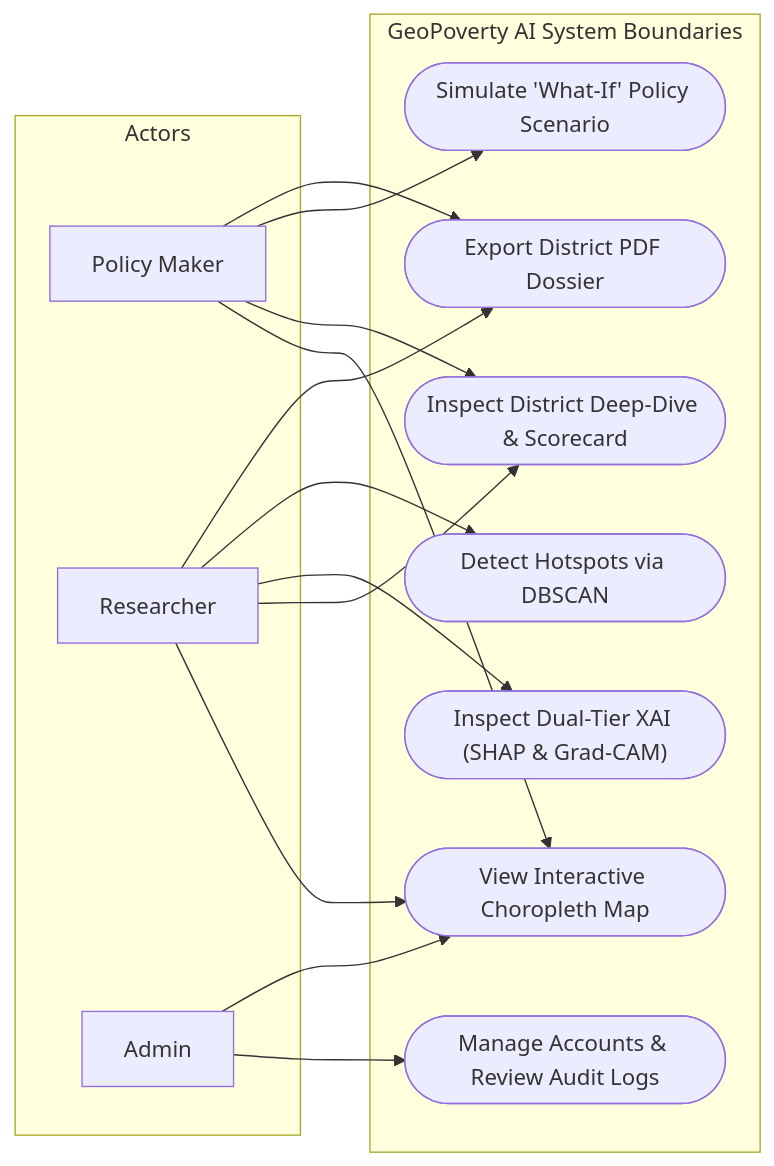
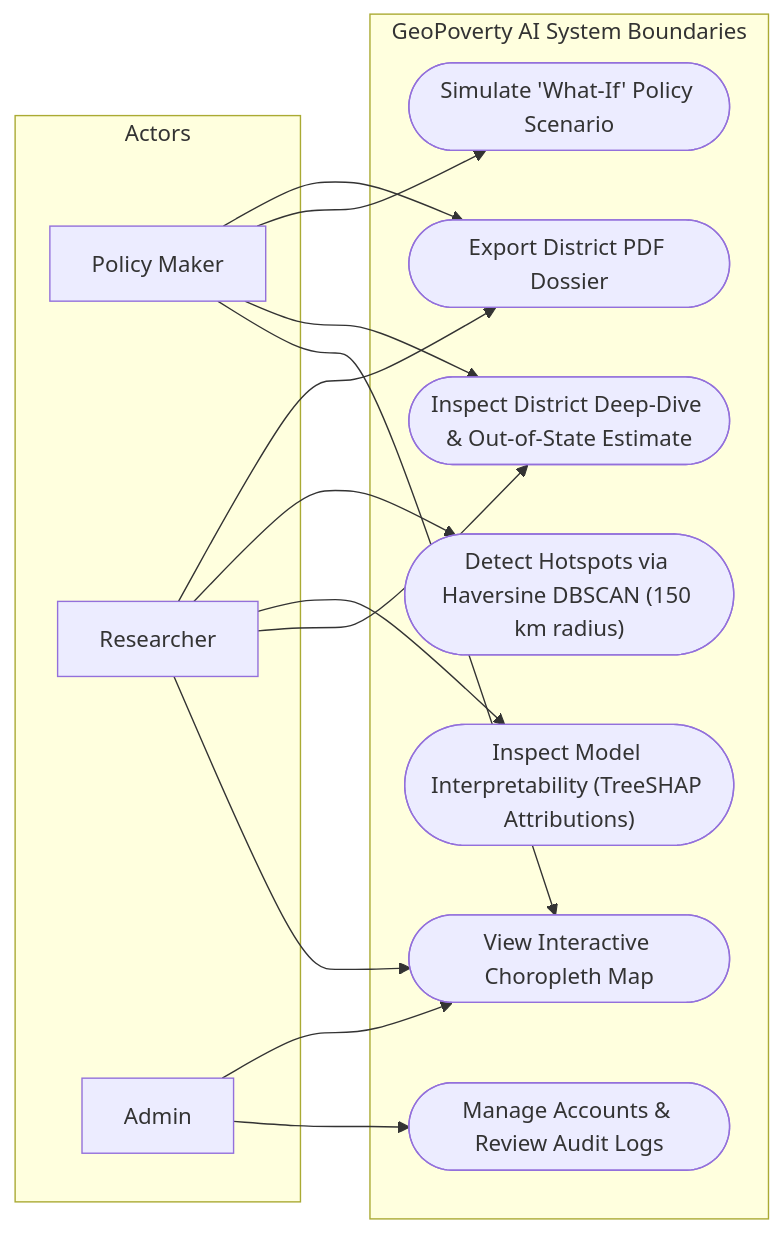
The fourth of 7 diagrams in documentation/SOFTWARE_DESIGN_SPECIFICATION.md (ditheshshettigar00-jpg/GeoPovertyAI), drawn with Mermaid before and after one commit. The commit also changed other lines of this file and 133 other files, not shown here.

````diff
--- a/documentation/SOFTWARE_DESIGN_SPECIFICATION.md
+++ b/documentation/SOFTWARE_DESIGN_SPECIFICATION.md
@@ -573,32 +594,32 @@
 ```mermaid
 flowchart LR
     subgraph Actors
         P["Policy Maker"]
         R["Researcher"]
         A["Admin"]
     end
 
     subgraph GeoPoverty_System["GeoPoverty AI System Boundaries"]
         UC1(["View Interactive Choropleth Map"])
-        UC2(["Inspect District Deep-Dive & Scorecard"])
-        UC3(["Inspect Dual-Tier XAI (SHAP & Grad-CAM)"])
+        UC2(["Inspect District Deep-Dive & Out-of-State Estimate"])
+        UC3(["Inspect Model Interpretability (TreeSHAP Attributions)"])
         UC4(["Simulate 'What-If' Policy Scenario"])
-        UC5(["Detect Hotspots via DBSCAN"])
+        UC5(["Detect Hotspots via Haversine DBSCAN (150 km radius)"])
         UC6(["Export District PDF Dossier"])
         UC7(["Manage Accounts & Review Audit Logs"])
     end
 
     P --> UC1
     P --> UC2
     P --> UC4
     P --> UC6
     
     R --> UC1
     R --> UC2
     R --> UC3
     R --> UC5
     R --> UC6
 
     A --> UC7
     A --> UC1
 ```
````
